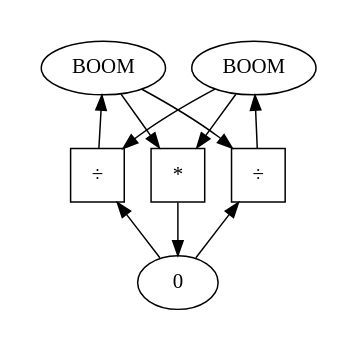
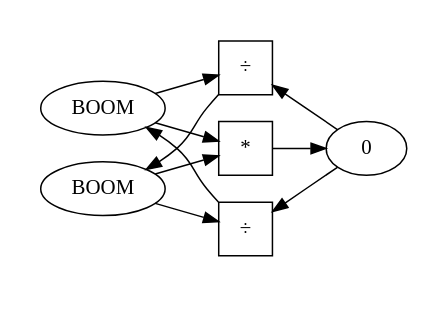
The diagram in diagrams/bimult2.dot (qfpl/propagators-bfpg), drawn with Graphviz before and after one commit. The commit also changed 35 other files, not shown here.

```diff
--- a/diagrams/bimult2.dot
+++ b/diagrams/bimult2.dot
@@ -1,35 +1,36 @@
 digraph "bidirectional *÷" {
+    graph [rankdir=LR];
     subgraph cluster_0 {
         graph [style=invis];
         graph [style=invis];
         a [label=BOOM];
         b [label=BOOM];
     }
     subgraph cluster_1 {
         graph [style=invis];
         graph [style=invis];
         min1 [label=÷,shape=square];
         plus [label="*",shape=square];
         min2 [label=÷,shape=square];
     }
     subgraph cluster_2 {
         graph [style=invis];
         graph [style=invis];
         c [label=0];
     }
     a -> plus [weight=50];
     a -> min1 [weight=50];
     b -> plus [weight=50];
     b -> min2 [weight=50];
     c -> min1;
     c -> min2;
     min1 -> b [weight=50];
     min2 -> a [weight=50];
     plus -> c [weight=50];
     a -> c [style=invis
            ,weight=0
            ,minlen=2];
     b -> c [style=invis
            ,weight=0
            ,minlen=2];
 }
```
